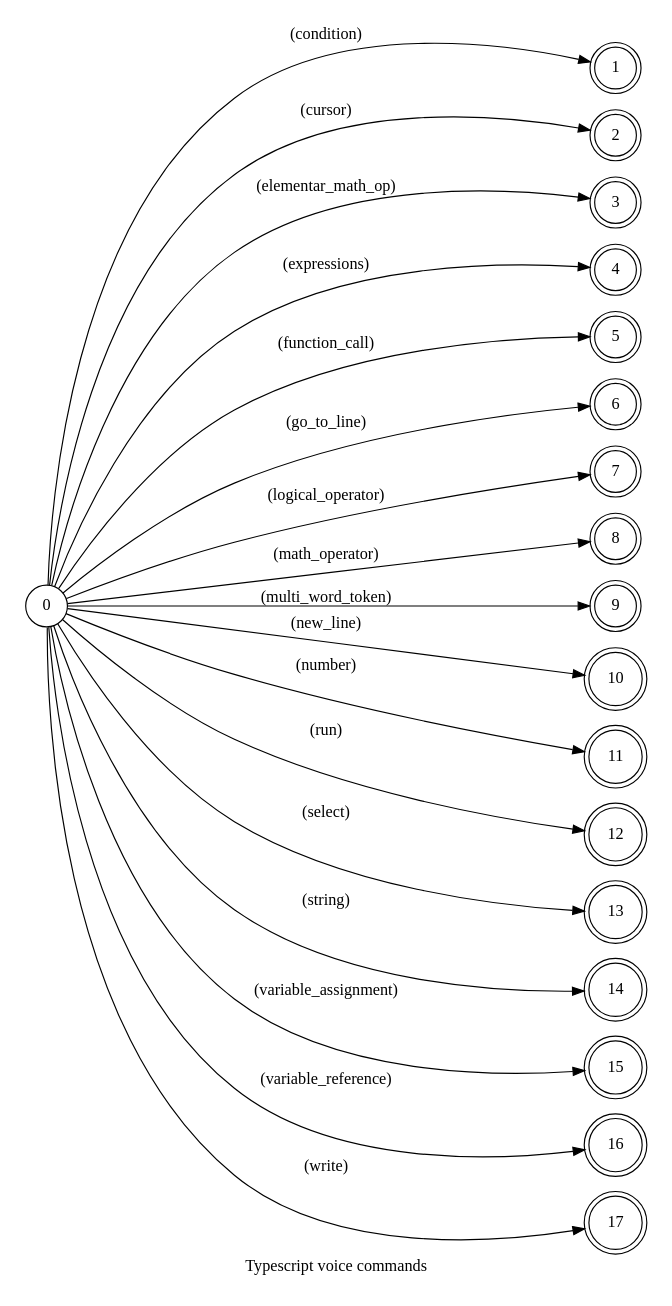
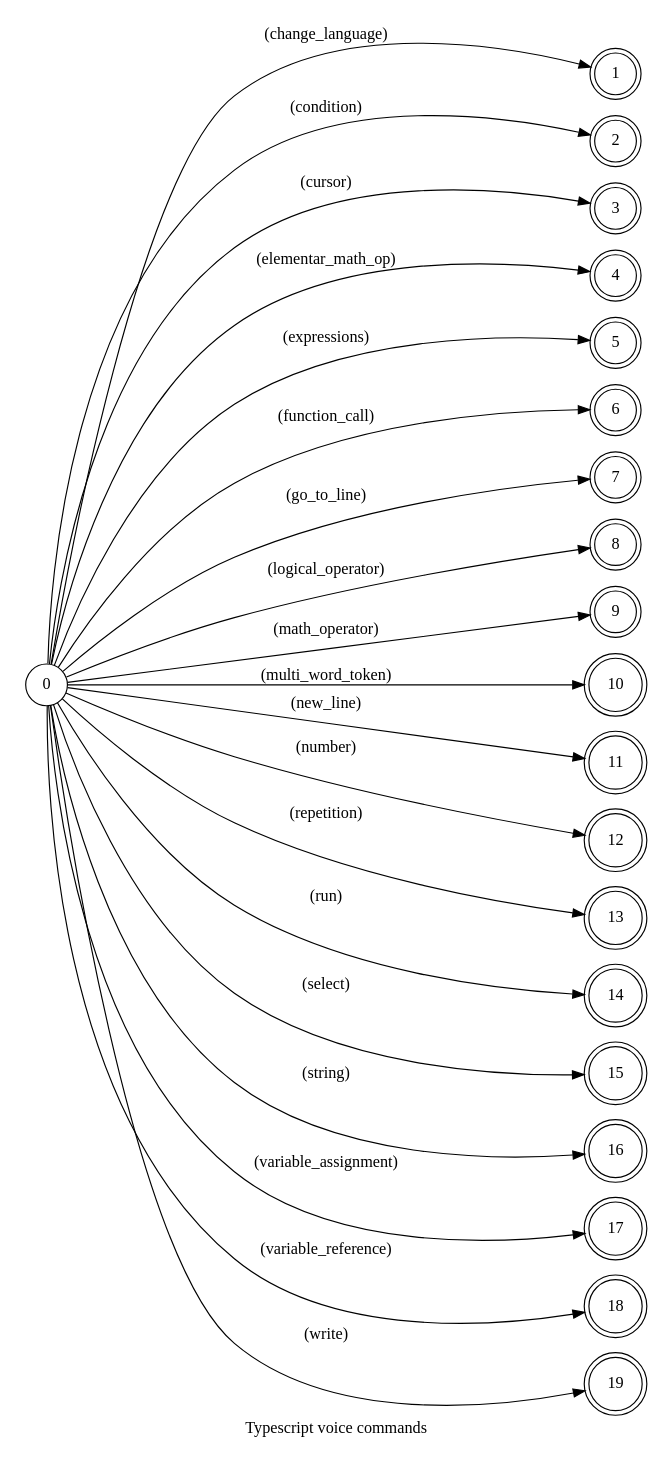
The diagram in spoken/src/modules/typescript/typescript.dot (pedrooaugusto/speech-to-code), drawn with Graphviz before and after one commit. The commit also changed 96 other files, not shown here.

```diff
--- a/spoken/src/modules/typescript/typescript.dot
+++ b/spoken/src/modules/typescript/typescript.dot
@@ -1,35 +1,37 @@
 digraph TypeScript {
     id="typescript";
     label="Typescript voice commands";
     lang="en-US";
     langName="English";
     pad="0.2";
     rankdir=LR;
     nodesep="0.2";
     ranksep="4";
     node[shape=circle]; 0;
     node[shape=doublecircle];
 
     // START GENERATED
-    0 -> 1 [label="(condition)"];
-    0 -> 2 [label="(cursor)"];
-    0 -> 3 [label="(elementar_math_op)"];
-    0 -> 4 [label="(expressions)"];
-    0 -> 5 [label="(function_call)"];
-    0 -> 6 [label="(go_to_line)"];
-    0 -> 7 [label="(logical_operator)"];
-    0 -> 8 [label="(math_operator)"];
-    0 -> 9 [label="(multi_word_token)"];
-    0 -> 10 [label="(new_line)"];
-    0 -> 11 [label="(number)"];
-    0 -> 12 [label="(run)"];
-    0 -> 13 [label="(select)"];
-    0 -> 14 [label="(string)"];
-    0 -> 15 [label="(variable_assignment)"];
-    0 -> 16 [label="(variable_reference)"];
-    0 -> 17 [label="(write)"];
+    0 -> 1 [label="(change_language)"];
+    0 -> 2 [label="(condition)"];
+    0 -> 3 [label="(cursor)"];
+    0 -> 4 [label="(elementar_math_op)"];
+    0 -> 5 [label="(expressions)"];
+    0 -> 6 [label="(function_call)"];
+    0 -> 7 [label="(go_to_line)"];
+    0 -> 8 [label="(logical_operator)"];
+    0 -> 9 [label="(math_operator)"];
+    0 -> 10 [label="(multi_word_token)"];
+    0 -> 11 [label="(new_line)"];
+    0 -> 12 [label="(number)"];
+    0 -> 13 [label="(repetition)"];
+    0 -> 14 [label="(run)"];
+    0 -> 15 [label="(select)"];
+    0 -> 16 [label="(string)"];
+    0 -> 17 [label="(variable_assignment)"];
+    0 -> 18 [label="(variable_reference)"];
+    0 -> 19 [label="(write)"];
     // END GENERATED
 
     title="Typescript voice commands";
     desc="Collection of voice commands of the typescript language";
 }
```
